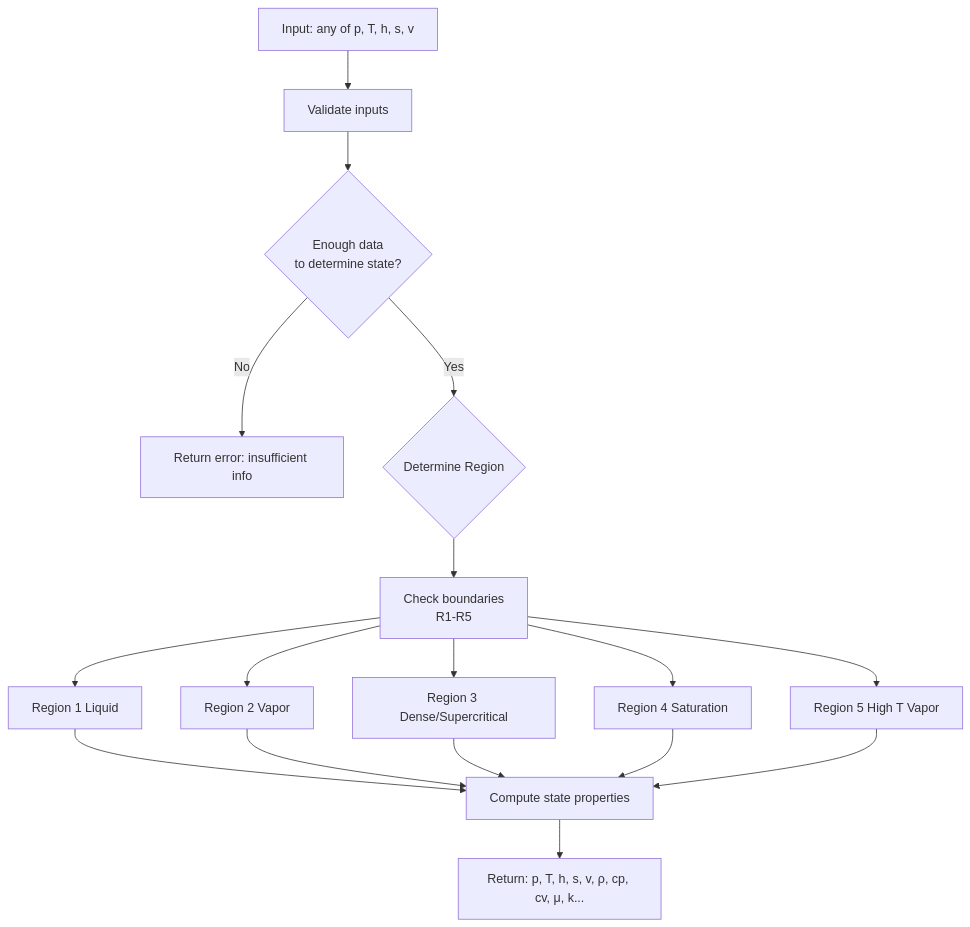
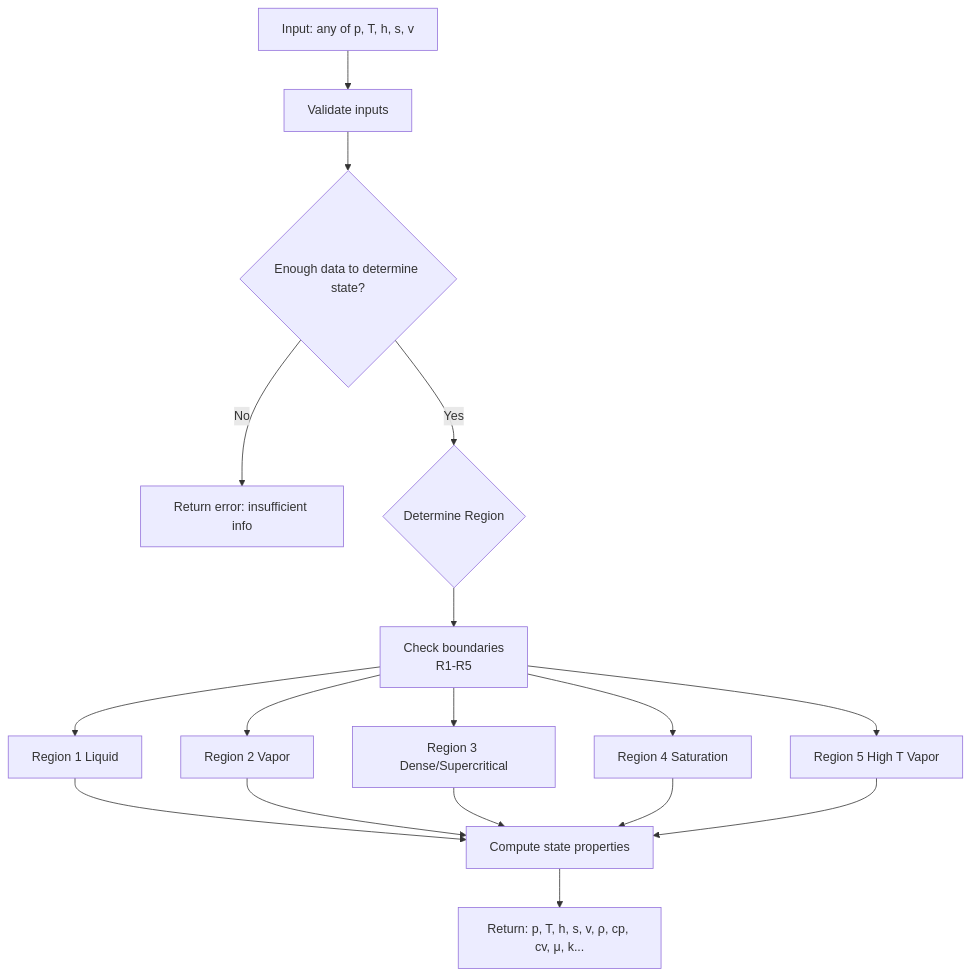
One commit to addestromberg/steam-rust changed the diagram in README.md. Above: the diagram before and after it, drawn with Mermaid.

````diff
--- a/README.md
+++ b/README.md
@@ -10,26 +10,26 @@
 ```mermaid
 flowchart TD
 
     A[Input: any of p, T, h, s, v] --> B[Validate inputs]
-    B --> C{Enough data\nto determine state?}
+    B --> C{Enough data to determine state?}
 
     C -- No --> Z[Return error: insufficient info]
 
     C -- Yes --> D{Determine Region}
     
     D --> D1[Check boundaries\n R1-R5 ]
     D1 --> R1[Region 1 Liquid]
     D1 --> R2[Region 2 Vapor]
     D1 --> R3[Region 3 Dense/Supercritical]
     D1 --> R4[Region 4 Saturation]
     D1 --> R5[Region 5 High T Vapor]
 
     %% Region calc
     R1 --> E[Compute state properties]
     R2 --> E
     R3 --> E
     R4 --> E
     R5 --> E
 
     E --> F[Return: p, T, h, s, v, ρ, cp, cv, μ, k...]
 ```
````
